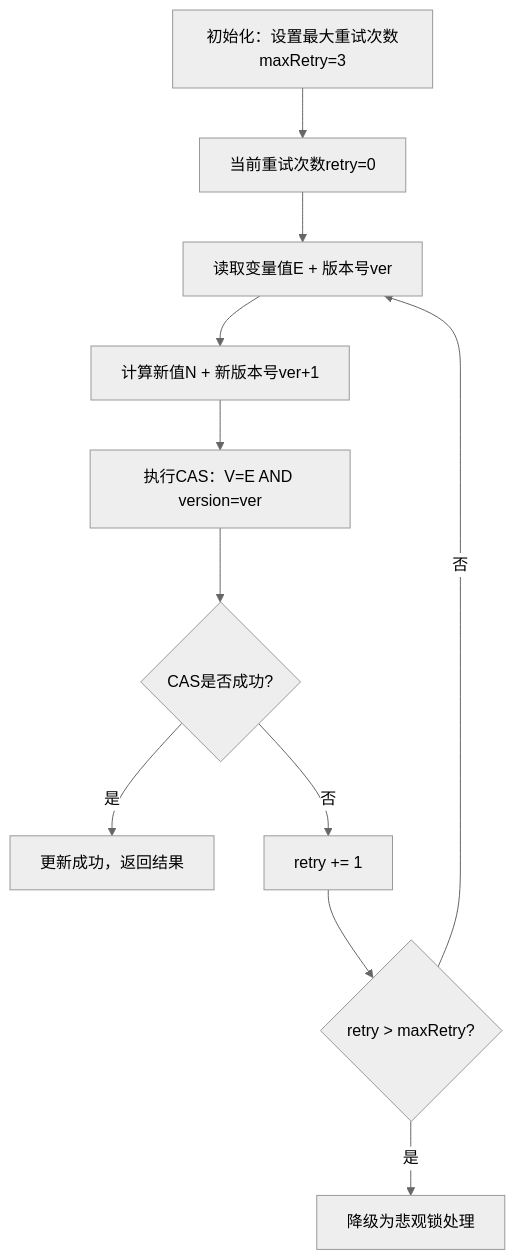
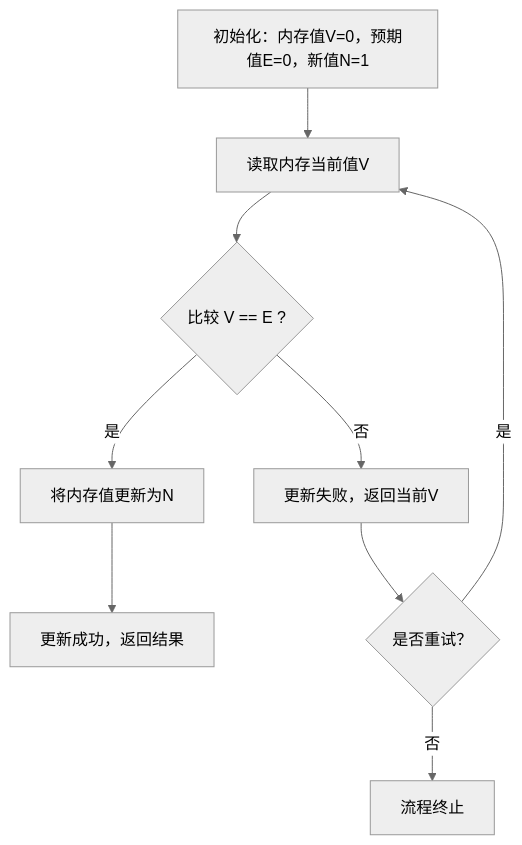
One commit to canaan-wang/canaan-wang.github.io changed the second of 4 diagrams in 理论/数据库原理/锁/乐观锁.md. Above: the diagram before and after it, drawn with Mermaid (neutral theme). The commit also changed other lines of this file and 4 other files, not shown here.

````diff
--- a/理论/数据库原理/锁/乐观锁.md
+++ b/理论/数据库原理/锁/乐观锁.md
@@ -265,13 +62,11 @@
 ```mermaid
 graph TD
-    A["初始化：设置最大重试次数maxRetry=3"] --> B["当前重试次数retry=0"]
-    B --> C["读取变量值E + 版本号ver"]
-    C --> D["计算新值N + 新版本号ver+1"]
-    D --> E["执行CAS：V=E AND version=ver"]
-    E --> F{"CAS是否成功?"}
-    F -- "是" --> G["更新成功，返回结果"]
-    F -- "否" --> H["retry += 1"]
-    H --> I{"retry > maxRetry?"}
-    I -- "否" --> C
-    I -- "是" --> J["降级为悲观锁处理"]
+    A["初始化：内存值V=0，预期值E=0，新值N=1"] --> B["读取内存当前值V"]
+    B --> C{"比较 V == E ?"}
+    C -->|是| D["将内存值更新为N"]
+    C -->|否| E["更新失败，返回当前V"]
+    D --> F["更新成功，返回结果"]
+    E --> G{"是否重试？"}
+    G -->|是| B
+    G -->|否| H["流程终止"]
 ```
````
